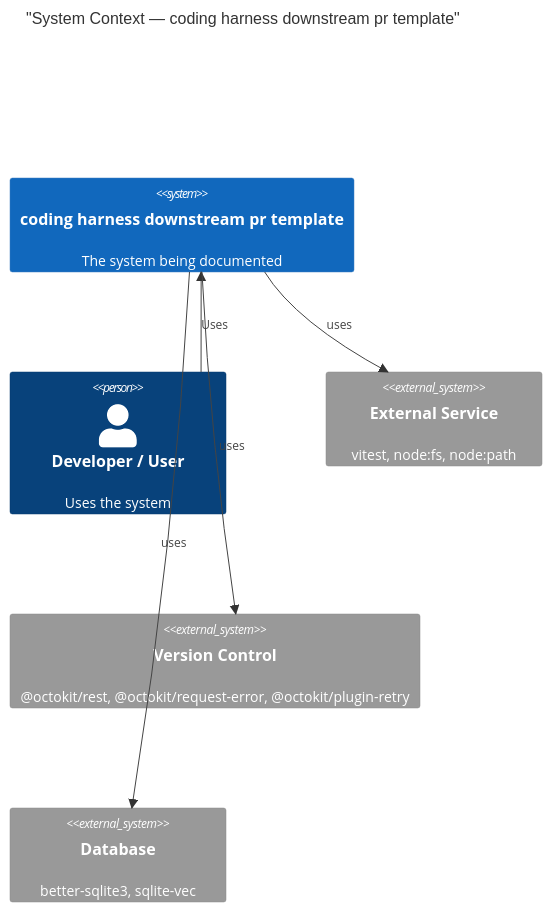
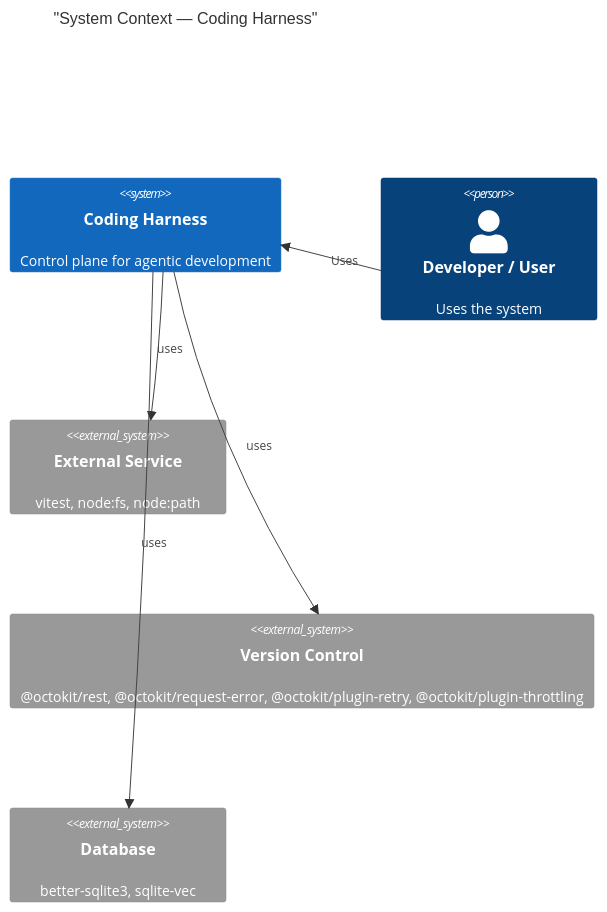
The fourth of 14 diagrams in AI/context/diagram-context.md (jscraik/coding-harness), drawn with Mermaid before and after one commit. The commit also changed other lines of this file and 7 other files, not shown here.

First line of the commit message:
fix: stabilize worktree diagram context

````diff
--- a/AI/context/diagram-context.md
+++ b/AI/context/diagram-context.md
@@ -330,14 +330,14 @@
 ```mermaid
 C4Context
-  title "System Context — coding harness downstream pr template"
-  System(mainSystem, "coding harness downstream pr template", "The system being documented")
+  title "System Context — Coding Harness"
+  System(mainSystem, "Coding Harness", "Control plane for agentic development")
   Person(developer, "Developer / User", "Uses the system")
   Rel(developer, mainSystem, "Uses")
   System_Ext(ext_0, "External Service", "vitest, node:fs, node:path")
   Rel(mainSystem, ext_0, "uses")
-  System_Ext(ext_1, "Version Control", "@octokit/rest, @octokit/request-error, @octokit/plugin-retry")
+  System_Ext(ext_1, "Version Control", "@octokit/rest, @octokit/request-error, @octokit/plugin-retry, @octokit/plugin-throttling")
   Rel(mainSystem, ext_1, "uses")
   System_Ext(ext_2, "Database", "better-sqlite3, sqlite-vec")
   Rel(mainSystem, ext_2, "uses")
 
 ```
````
